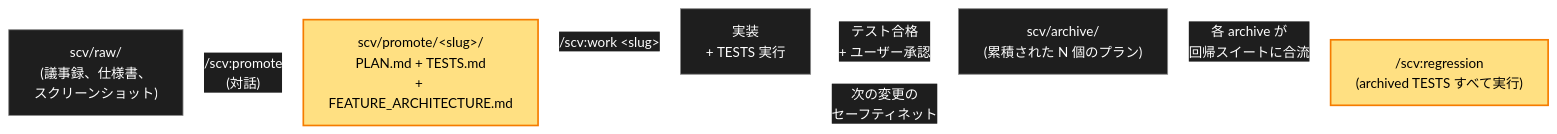
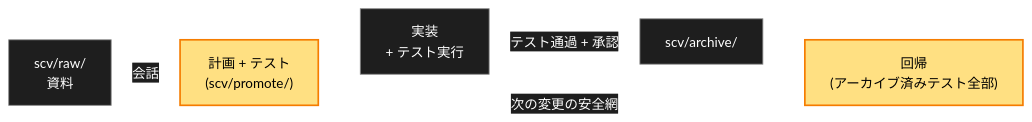
One commit to wookiya1364/scv-claude-code changed the diagram in README.ja.md. Above: the diagram before and after it, drawn with Mermaid. The commit also changed other lines of this file and 2 other files, not shown here.

````diff
--- a/README.ja.md
+++ b/README.ja.md
@@ -106,18 +62,18 @@
 ```mermaid
 %%{init: {'theme':'base', 'themeVariables': {'primaryColor':'#1e1e1e','primaryTextColor':'#fff','primaryBorderColor':'#888','lineColor':'#fff','secondaryColor':'#2d2d2d','tertiaryColor':'#1e1e1e','background':'#0d1117','edgeLabelBackground':'#1e1e1e'}}}%%
 flowchart LR
-  Raw["scv/raw/<br>(議事録、仕様書、<br>スクリーンショット)"]
-  Promote["scv/promote/&lt;slug&gt;/<br>PLAN.md + TESTS.md<br>+ FEATURE_ARCHITECTURE.md"]
-  Work["実装<br>+ TESTS 実行"]
-  Archive["scv/archive/<br>(累積された N 個のプラン)"]
-  Regression["/scv:regression<br>(archived TESTS すべて実行)"]
+  Raw["scv/raw/<br>資料"]
+  Promote["計画 + テスト<br>(scv/promote/)"]
+  Work["実装<br>+ テスト実行"]
+  Archive["scv/archive/"]
+  Regression["回帰<br>(アーカイブ済みテスト全部)"]
 
-  Raw -->|"/scv:promote<br>(対話)"| Promote
-  Promote -->|"/scv:work &lt;slug&gt;"| Work
-  Work -->|"テスト合格<br>+ ユーザー承認"| Archive
-  Archive -->|"各 archive が<br>回帰スイートに合流"| Regression
-  Regression -.->|"次の変更の<br>セーフティネット"| Promote
+  Raw -->|会話| Promote
+  Promote --> Work
+  Work -->|テスト通過 + 承認| Archive
+  Archive --> Regression
+  Regression -.->|次の変更の安全網| Promote
 
   classDef key fill:#FFE082,stroke:#F57C00,stroke-width:2px,color:#000
   class Promote,Regression key
 ```
````
